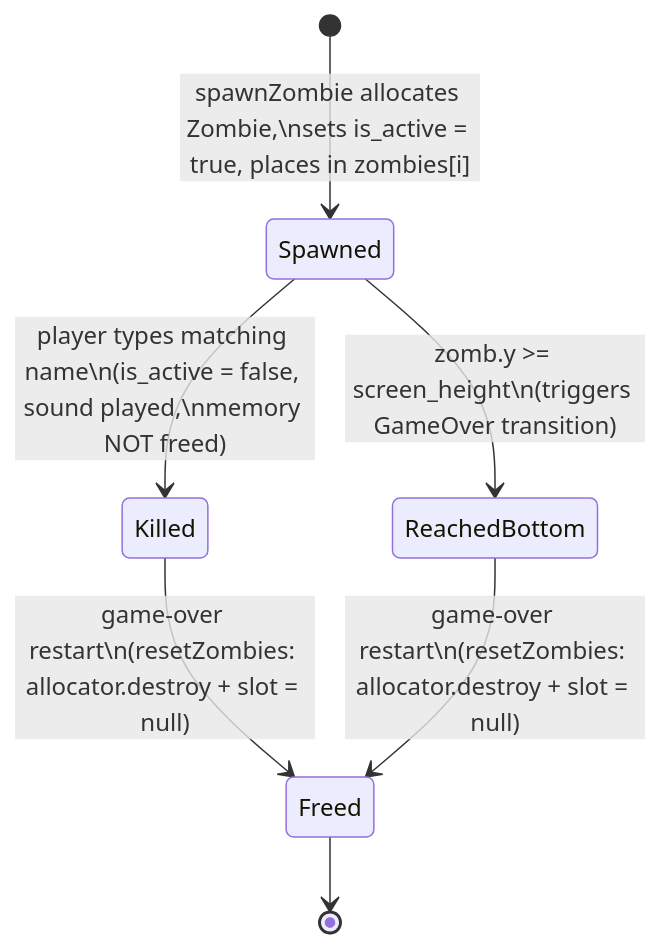
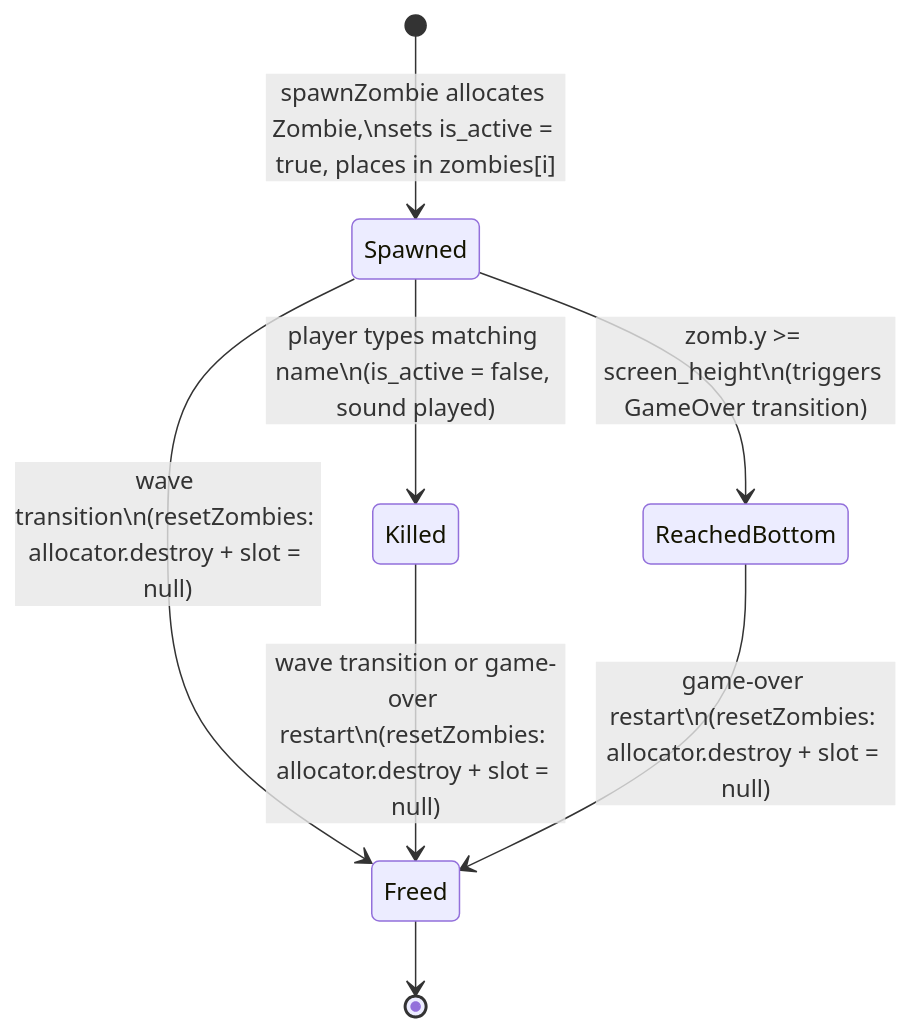
The third of 3 diagrams in specs/specifications/data-model.md (bfernandez31/death-note), drawn with Mermaid before and after one commit. The commit also changed other lines of this file and 8 other files, not shown here.

````diff
--- a/specs/specifications/data-model.md
+++ b/specs/specifications/data-model.md
@@ -266,14 +429,16 @@
 ```mermaid
 stateDiagram-v2
     [*] --> Spawned : spawnZombie allocates Zombie,\nsets is_active = true, places in zombies[i]
 
-    Spawned --> Killed : player types matching name\n(is_active = false, sound played,\nmemory NOT freed)
+    Spawned --> Killed : player types matching name\n(is_active = false, sound played)
 
     Spawned --> ReachedBottom : zomb.y >= screen_height\n(triggers GameOver transition)
 
-    Killed --> Freed : game-over restart\n(resetZombies: allocator.destroy + slot = null)
+    Spawned --> Freed : wave transition\n(resetZombies: allocator.destroy + slot = null)
+
+    Killed --> Freed : wave transition or game-over restart\n(resetZombies: allocator.destroy + slot = null)
 
     ReachedBottom --> Freed : game-over restart\n(resetZombies: allocator.destroy + slot = null)
 
     Freed --> [*]
 ```
````
